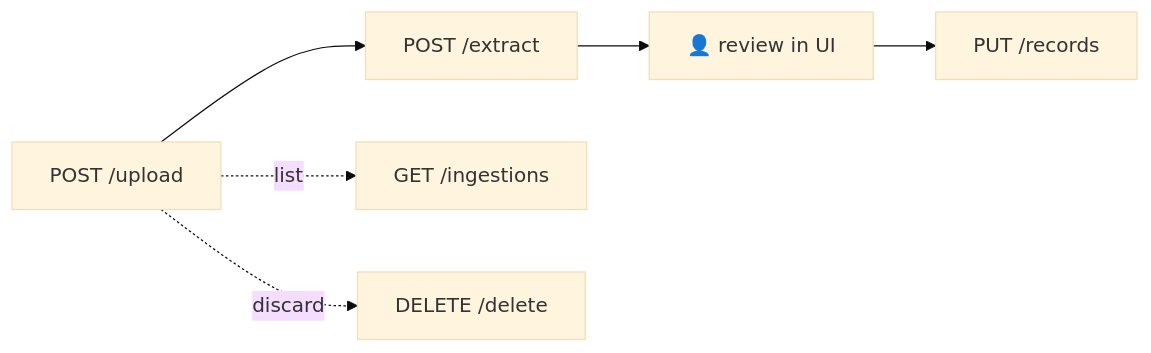
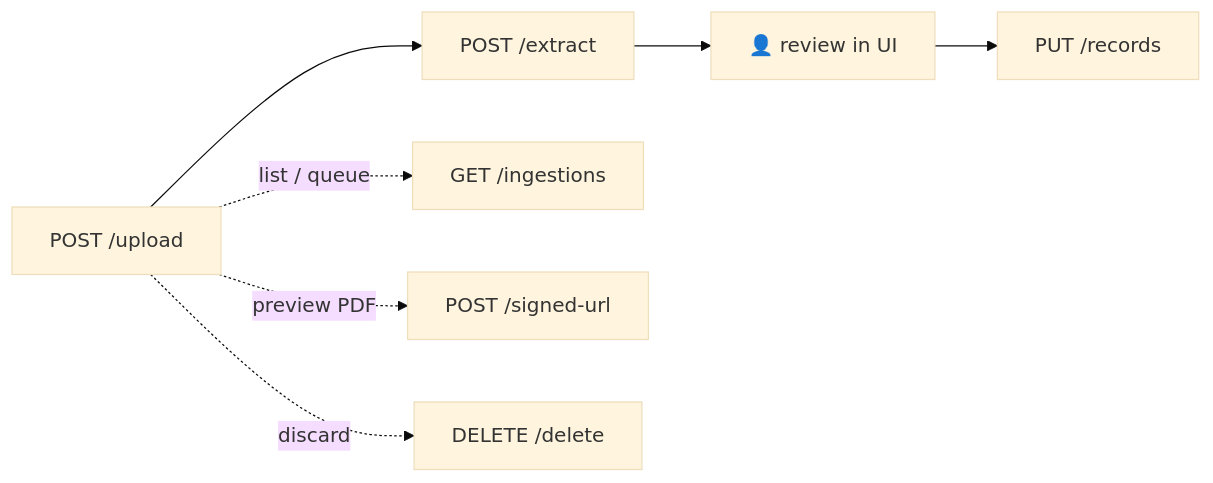
The diagram in docs/API.md (Anuja-jayasinghe/Solar-Analytics-Dashboard), drawn with Mermaid (base theme) before and after one commit. The commit also changed other lines of this file and 31 other files, not shown here.

````diff
--- a/docs/API.md
+++ b/docs/API.md
@@ -102,8 +102,9 @@
 ```mermaid
 flowchart LR
     A["POST /upload"] --> B["POST /extract"]
     B --> C["👤 review in UI"]
     C --> D["PUT /records"]
-    A -.->|"list"| E["GET /ingestions"]
+    A -.->|"list / queue"| E["GET /ingestions"]
+    A -.->|"preview PDF"| G["POST /signed-url"]
     A -.->|"discard"| F["DELETE /delete"]
 ```
````
